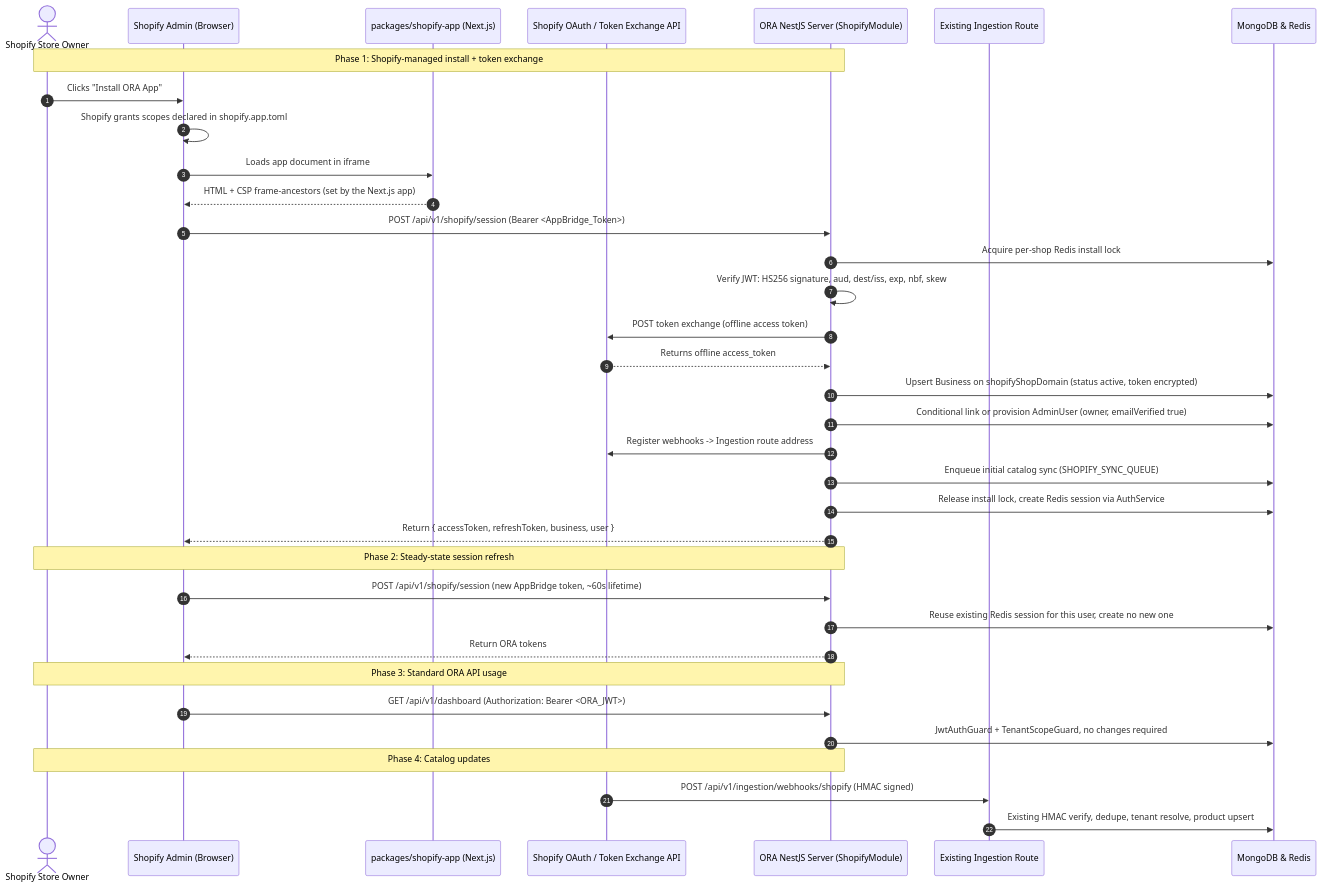
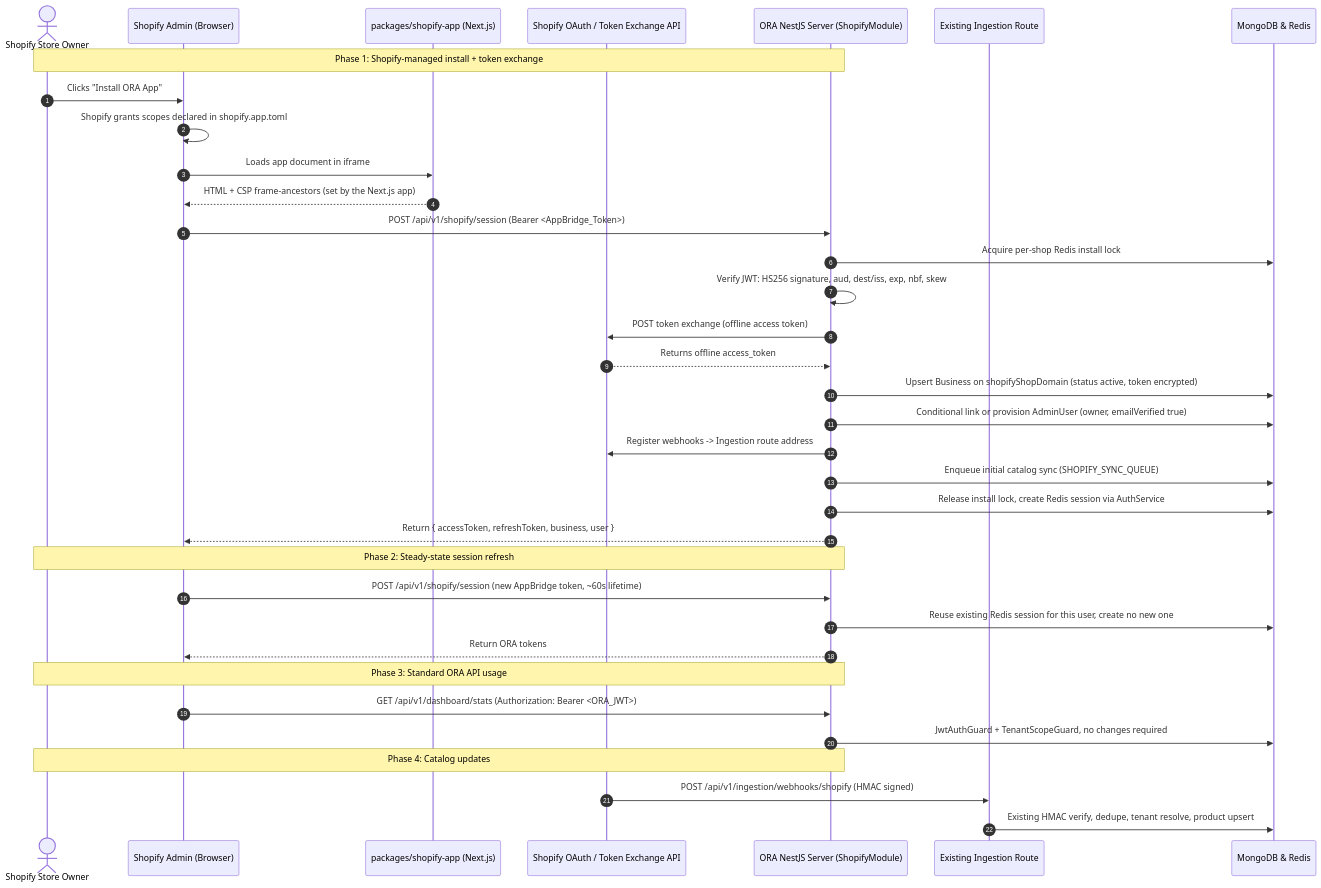
Before and after one commit to EnamulBokshi/Ora-voice-agent: the diagram in docs/shopify-embedded-app-plan.md, drawn with Mermaid. The commit also changed other lines of this file and 6 other files, not shown here.

````diff
--- a/docs/shopify-embedded-app-plan.md
+++ b/docs/shopify-embedded-app-plan.md
@@ -68,41 +68,41 @@
 ```mermaid
 sequenceDiagram
     autonumber
     actor Merchant as Shopify Store Owner
     participant ShopifyAdmin as Shopify Admin (Browser)
     participant EmbeddedApp as packages/shopify-app (Next.js)
     participant ShopifyAuth as Shopify OAuth / Token Exchange API
     participant OraServer as ORA NestJS Server (ShopifyModule)
     participant Ingestion as Existing Ingestion Route
     participant DB as MongoDB & Redis
 
     Note over Merchant,OraServer: Phase 1: Shopify-managed install + token exchange
     Merchant->>ShopifyAdmin: Clicks "Install ORA App"
     ShopifyAdmin->>ShopifyAdmin: Shopify grants scopes declared in shopify.app.toml
     ShopifyAdmin->>EmbeddedApp: Loads app document in iframe
     EmbeddedApp-->>ShopifyAdmin: HTML + CSP frame-ancestors (set by the Next.js app)
     ShopifyAdmin->>OraServer: POST /api/v1/shopify/session (Bearer <AppBridge_Token>)
     OraServer->>DB: Acquire per-shop Redis install lock
     OraServer->>OraServer: Verify JWT: HS256 signature, aud, dest/iss, exp, nbf, skew
     OraServer->>ShopifyAuth: POST token exchange (offline access token)
     ShopifyAuth-->>OraServer: Returns offline access_token
     OraServer->>DB: Upsert Business on shopifyShopDomain (status active, token encrypted)
     OraServer->>DB: Conditional link or provision AdminUser (owner, emailVerified true)
     OraServer->>ShopifyAuth: Register webhooks -> Ingestion route address
     OraServer->>DB: Enqueue initial catalog sync (SHOPIFY_SYNC_QUEUE)
     OraServer->>DB: Release install lock, create Redis session via AuthService
     OraServer-->>ShopifyAdmin: Return { accessToken, refreshToken, business, user }
 
     Note over Merchant,OraServer: Phase 2: Steady-state session refresh
     ShopifyAdmin->>OraServer: POST /api/v1/shopify/session (new AppBridge token, ~60s lifetime)
     OraServer->>DB: Reuse existing Redis session for this user, create no new one
     OraServer-->>ShopifyAdmin: Return ORA tokens
 
     Note over Merchant,OraServer: Phase 3: Standard ORA API usage
-    ShopifyAdmin->>OraServer: GET /api/v1/dashboard (Authorization: Bearer <ORA_JWT>)
+    ShopifyAdmin->>OraServer: GET /api/v1/dashboard/stats (Authorization: Bearer <ORA_JWT>)
     OraServer->>DB: JwtAuthGuard + TenantScopeGuard, no changes required
 
     Note over Merchant,OraServer: Phase 4: Catalog updates
     ShopifyAuth->>Ingestion: POST /api/v1/ingestion/webhooks/shopify (HMAC signed)
     Ingestion->>DB: Existing HMAC verify, dedupe, tenant resolve, product upsert
 ```
````
